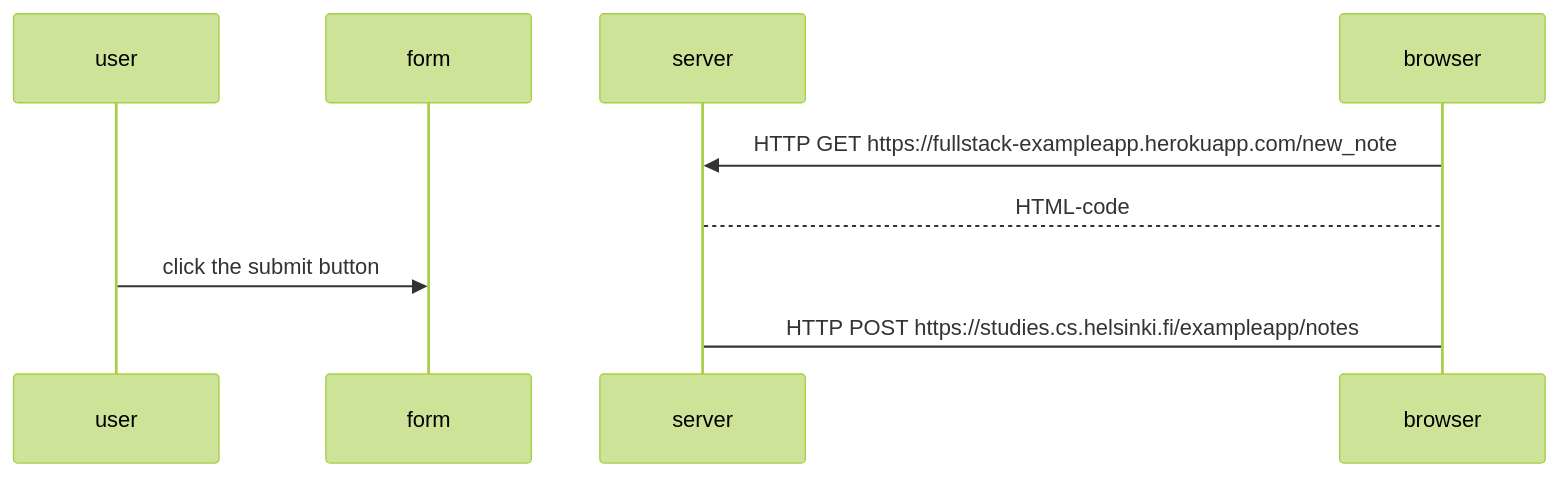
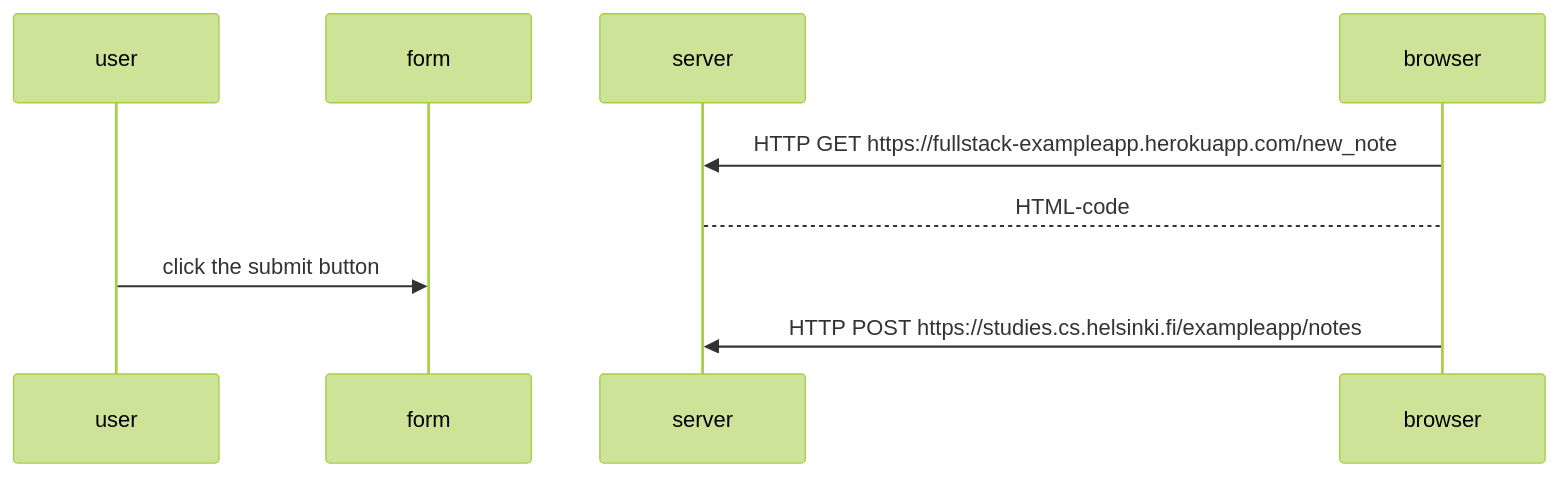
The diagram in part0/0.4_New_note_diagram.md (JoniShiro/FullStack_web_course), drawn with Mermaid (forest theme) before and after one commit.

Commit message:
add assignment

````diff
--- a/part0/0.4_New_note_diagram.md
+++ b/part0/0.4_New_note_diagram.md
@@ -1,11 +1,11 @@
 ```mermaid
 sequenceDiagram
     participant user
     participant form
     participant server
     participant browser
     browser->>server: HTTP GET https://fullstack-exampleapp.herokuapp.com/new_note
     server-->browser: HTML-code
     user->>form: click the submit button
-    browser->server: HTTP POST https://studies.cs.helsinki.fi/exampleapp/notes
+    browser->>server: HTTP POST https://studies.cs.helsinki.fi/exampleapp/notes
 ```
````
